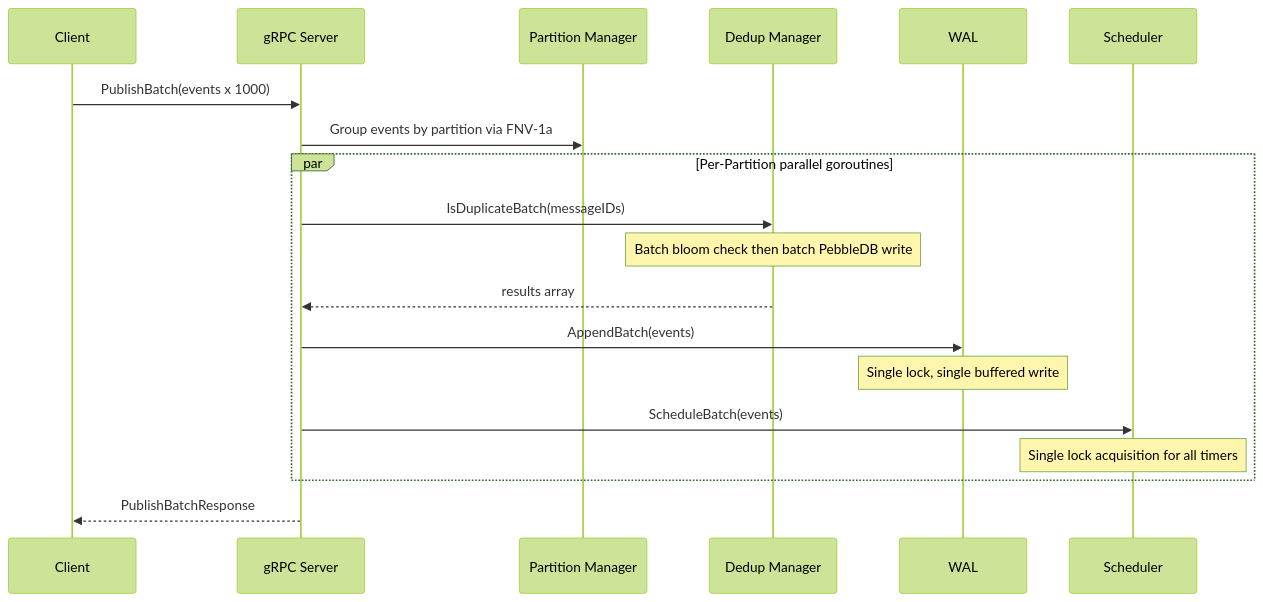
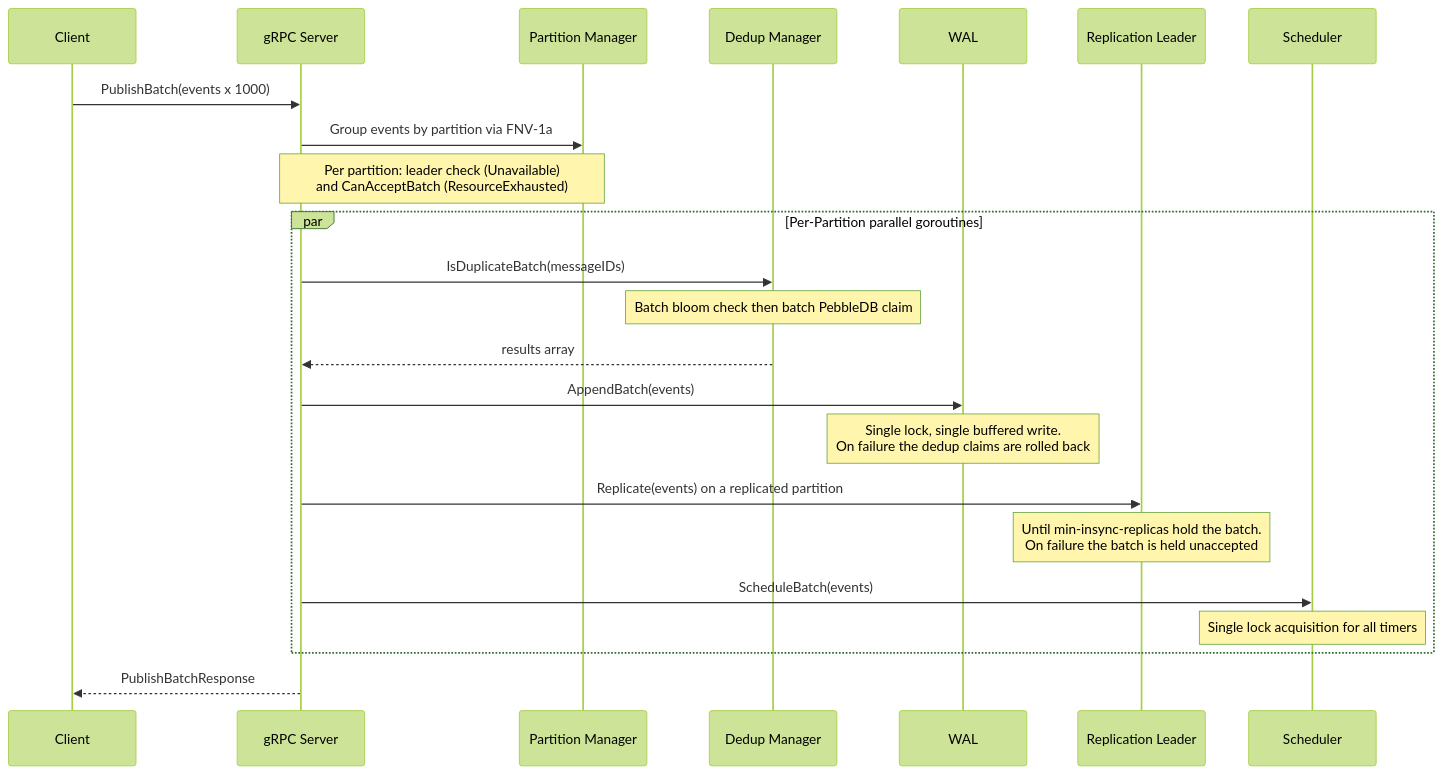
Before and after one commit to jatin711-debug/cronos_db_golang: the fifth of 47 diagrams in ARCHITECTURE.md, drawn with Mermaid (forest theme). The commit also changed other lines of this file and 31 other files, not shown here.

````diff
--- a/ARCHITECTURE.md
+++ b/ARCHITECTURE.md
@@ -229,26 +246,31 @@
 ```mermaid
 sequenceDiagram
     participant Client
     participant gRPC as gRPC Server
     participant PM as Partition Manager
     participant DD as Dedup Manager
     participant WAL as WAL
+    participant REPL as Replication Leader
     participant SCH as Scheduler
 
     Client->>gRPC: PublishBatch(events x 1000)
     gRPC->>PM: Group events by partition via FNV-1a
+    Note over gRPC,PM: Per partition: leader check (Unavailable)<br/>and CanAcceptBatch (ResourceExhausted)
 
     par Per-Partition parallel goroutines
         gRPC->>DD: IsDuplicateBatch(messageIDs)
-        Note over DD: Batch bloom check then batch PebbleDB write
+        Note over DD: Batch bloom check then batch PebbleDB claim
         DD-->>gRPC: results array
 
         gRPC->>WAL: AppendBatch(events)
-        Note over WAL: Single lock, single buffered write
+        Note over WAL: Single lock, single buffered write.<br/>On failure the dedup claims are rolled back
+
+        gRPC->>REPL: Replicate(events) on a replicated partition
+        Note over REPL: Until min-insync-replicas hold the batch.<br/>On failure the batch is held unaccepted
 
         gRPC->>SCH: ScheduleBatch(events)
         Note over SCH: Single lock acquisition for all timers
     end
 
     gRPC-->>Client: PublishBatchResponse
 ```
````
